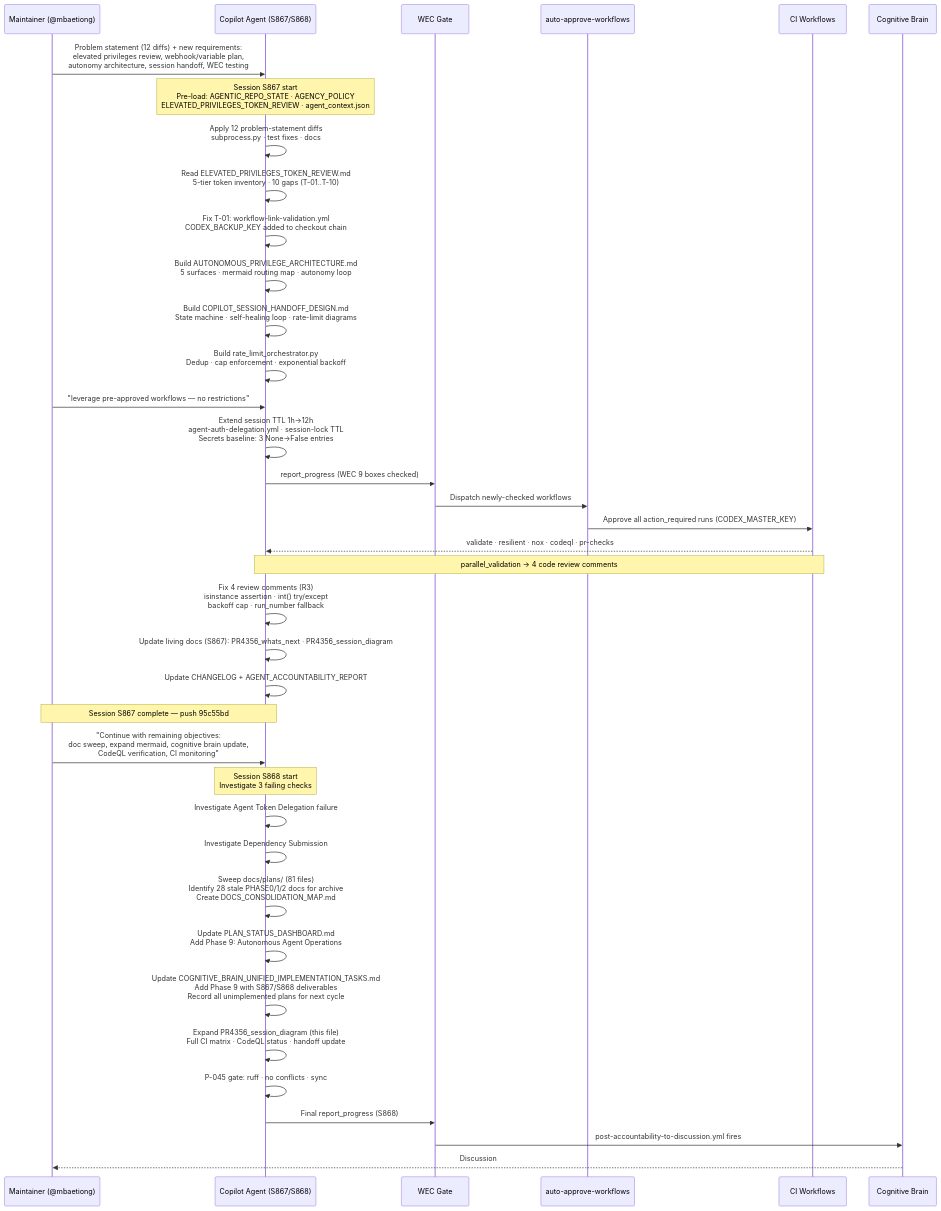
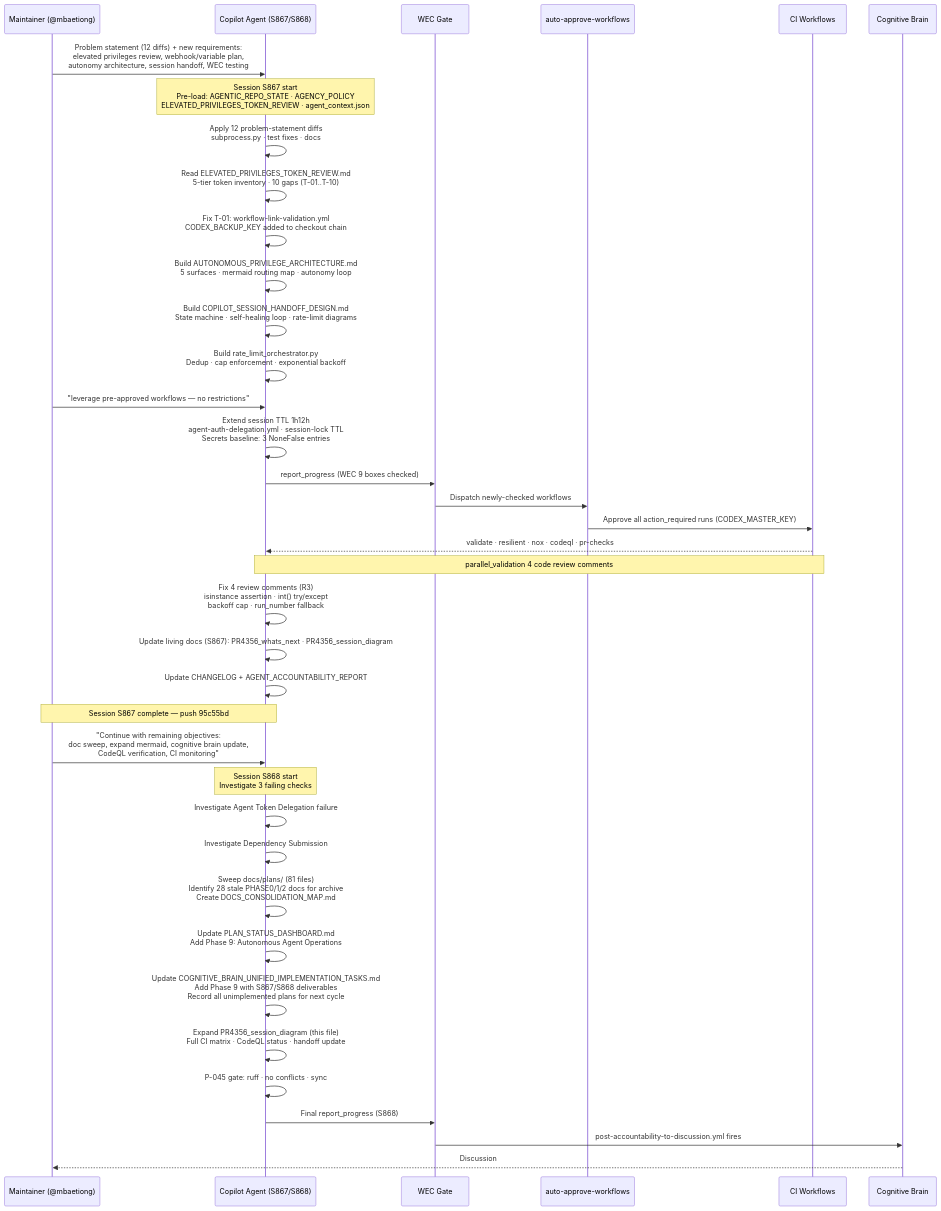
One commit to Aries-Serpent/_codex_ changed the first of 9 diagrams in docs/plans/PR4356_session_diagram.md. Above: the diagram before and after it, drawn with Mermaid. The commit also changed other lines of this file and 4117 other files, not shown here.

First line of the commit message:
Phase A: v0.2.0 Production Infrastructure Deployment - Ready for Release (#5334)

````diff
--- a/docs/plans/PR4356_session_diagram.md
+++ b/docs/plans/PR4356_session_diagram.md
@@ -15,62 +15,65 @@
 ```mermaid
-%%{init: {'accessibility': {'title': 'Sequence Diagram: >>A: validate  · resilient  '}}%%
+%%{init: {'accessibility': {'title': 'Sequence Diagram: >>A: validate · resilient '}}%%
+
 sequenceDiagram
-    participant M as Maintainer (@mbaetiong)
-    participant A as Copilot Agent (S867/S868)
-    participant WEC as WEC Gate
-    participant AA as auto-approve-workflows
-    participant CI as CI Workflows
-    participant CB as Cognitive Brain
+ participant M as Maintainer (@mbaetiong)
+ participant A as Copilot Agent (S867/S868)
+ participant WEC as WEC Gate
+ participant AA as auto-approve-workflows
+ participant CI as CI Workflows
+ participant CB as Cognitive Brain
 
-    M->>A: Problem statement (12 diffs) + new requirements:<br/>elevated privileges review, webhook/variable plan,<br/>autonomy architecture, session handoff, WEC testing
+ M->>A: Problem statement (12 diffs) + new requirements:<br/>elevated privileges review, webhook/variable plan,<br/>autonomy architecture, session handoff, WEC testing
 
-    Note over A: Session S867 start<br/>Pre-load: AGENTIC_REPO_STATE · AGENCY_POLICY<br/>ELEVATED_PRIVILEGES_TOKEN_REVIEW · agent_context.json
+ Note over A: Session S867 start<br/>Pre-load: AGENTIC_REPO_STATE · AGENCY_POLICY<br/>ELEVATED_PRIVILEGES_TOKEN_REVIEW · agent_context.json
 
-    A->>A: Apply 12 problem-statement diffs<br/>subprocess.py · test fixes · docs
+ A->>A: Apply 12 problem-statement diffs<br/>subprocess.py · test fixes · docs
 
-    A->>A: Read ELEVATED_PRIVILEGES_TOKEN_REVIEW.md<br/>5-tier token inventory · 10 gaps (T-01..T-10)
-    A->>A: Fix T-01: workflow-link-validation.yml<br/>CODEX_BACKUP_KEY added to checkout chain
+ A->>A: Read ELEVATED_PRIVILEGES_TOKEN_REVIEW.md<br/>5-tier token inventory · 10 gaps (T-01..T-10)
+ A->>A: Fix T-01: workflow-link-validation.yml<br/>CODEX_BACKUP_KEY added to checkout chain
 
-    A->>A: Build AUTONOMOUS_PRIVILEGE_ARCHITECTURE.md<br/>5 surfaces · mermaid routing map · autonomy loop
+ A->>A: Build AUTONOMOUS_PRIVILEGE_ARCHITECTURE.md<br/>5 surfaces · mermaid routing map · autonomy loop
 
-    A->>A: Build COPILOT_SESSION_HANDOFF_DESIGN.md<br/>State machine · self-healing loop · rate-limit diagrams
+ A->>A: Build COPILOT_SESSION_HANDOFF_DESIGN.md<br/>State machine · self-healing loop · rate-limit diagrams
 
-    A->>A: Build rate_limit_orchestrator.py<br/>Dedup · cap enforcement · exponential backoff
+ A->>A: Build rate_limit_orchestrator.py<br/>Dedup · cap enforcement · exponential backoff
 
-    M->>A: "leverage pre-approved workflows — no restrictions"
-    A->>A: Extend session TTL 1h→12h<br/>agent-auth-delegation.yml · session-lock TTL<br/>Secrets baseline: 3 None→False entries
+ M->>A: "leverage pre-approved workflows — no restrictions"
+ A->>A: Extend session TTL 1h12h<br/>agent-auth-delegation.yml · session-lock TTL<br/>Secrets baseline: 3 NoneFalse entries
 
-    A->>WEC: report_progress (WEC 9 boxes checked)
-    WEC->>AA: Dispatch newly-checked workflows
-    AA->>CI: Approve all action_required runs (CODEX_MASTER_KEY)
-    CI-->>A: validate  · resilient  · nox  · codeql  · pr-checks 
+ A->>WEC: report_progress (WEC 9 boxes checked)
+ WEC->>AA: Dispatch newly-checked workflows
+ AA->>CI: Approve all action_required runs (CODEX_MASTER_KEY)
 
-    Note over A,CI: parallel_validation → 4 code review comments
-    A->>A: Fix 4 review comments (R3)<br/>isinstance assertion · int() try/except<br/>backoff cap · run_number fallback
+ CI-->>A: validate · resilient · nox · codeql · pr-checks 
 
-    A->>A: Update living docs (S867): PR4356_whats_next · PR4356_session_diagram
-    A->>A: Update CHANGELOG + AGENT_ACCOUNTABILITY_REPORT
+ Note over A,CI: parallel_validation 4 code review comments
+ A->>A: Fix 4 review comments (R3)<br/>isinstance assertion · int() try/except<br/>backoff cap · run_number fallback
 
-    Note over M,A: Session S867 complete — push 95c55bd
+ A->>A: Update living docs (S867): PR4356_whats_next · PR4356_session_diagram
+ A->>A: Update CHANGELOG + AGENT_ACCOUNTABILITY_REPORT
 
-    M->>A: "Continue with remaining objectives:<br/>doc sweep, expand mermaid, cognitive brain update,<br/>CodeQL verification, CI monitoring"
+ Note over M,A: Session S867 complete — push 95c55bd
 
-    Note over A: Session S868 start<br/>Investigate 3 failing checks
+ M->>A: "Continue with remaining objectives:<br/>doc sweep, expand mermaid, cognitive brain update,<br/>CodeQL verification, CI monitoring"
 
-    A->>A: Investigate Agent Token Delegation failure #6232<br/>Result: transient action_required gate, not a code bug
-    A->>A: Investigate Dependency Submission #25542482123<br/>Result: GitHub infrastructure HTTP 503<br/>dependency-submission.yml already resilient
+ Note over A: Session S868 start<br/>Investigate 3 failing checks
 
-    A->>A: Sweep docs/plans/ (81 files)<br/>Identify 28 stale PHASE0/1/2 docs for archive<br/>Create DOCS_CONSOLIDATION_MAP.md
+ A->>A: Investigate Agent Token Delegation failure #6232<br/>Result: transient action_required gate, not a code bug
+ A->>A: Investigate Dependency Submission #25542482123<br/>Result: GitHub infrastructure HTTP 503<br/>dependency-submission.yml already resilient
 
-    A->>A: Update PLAN_STATUS_DASHBOARD.md<br/>Add Phase 9: Autonomous Agent Operations
+ A->>A: Sweep docs/plans/ (81 files)<br/>Identify 28 stale PHASE0/1/2 docs for archive<br/>Create DOCS_CONSOLIDATION_MAP.md
 
-    A->>A: Update COGNITIVE_BRAIN_UNIFIED_IMPLEMENTATION_TASKS.md<br/>Add Phase 9 with S867/S868 deliverables<br/>Record all unimplemented plans for next cycle
+ A->>A: Update PLAN_STATUS_DASHBOARD.md<br/>Add Phase 9: Autonomous Agent Operations
 
-    A->>A: Expand PR4356_session_diagram (this file)<br/>Full CI matrix · CodeQL status · handoff update
+ A->>A: Update COGNITIVE_BRAIN_UNIFIED_IMPLEMENTATION_TASKS.md<br/>Add Phase 9 with S867/S868 deliverables<br/>Record all unimplemented plans for next cycle
 
-    A->>A: P-045 gate: ruff  · no conflicts  · sync 
+ A->>A: Expand PR4356_session_diagram (this file)<br/>Full CI matrix · CodeQL status · handoff update
 
-    A->>WEC: Final report_progress (S868)
-    WEC->>CB: post-accountability-to-discussion.yml fires
-    CB-->>M: Discussion #3673 updated
+ A->>A: P-045 gate: ruff · no conflicts · sync 
+
+ A->>WEC: Final report_progress (S868)
+ WEC->>CB: post-accountability-to-discussion.yml fires
+
+ CB-->>M: Discussion #3673 updated
 ```
````
